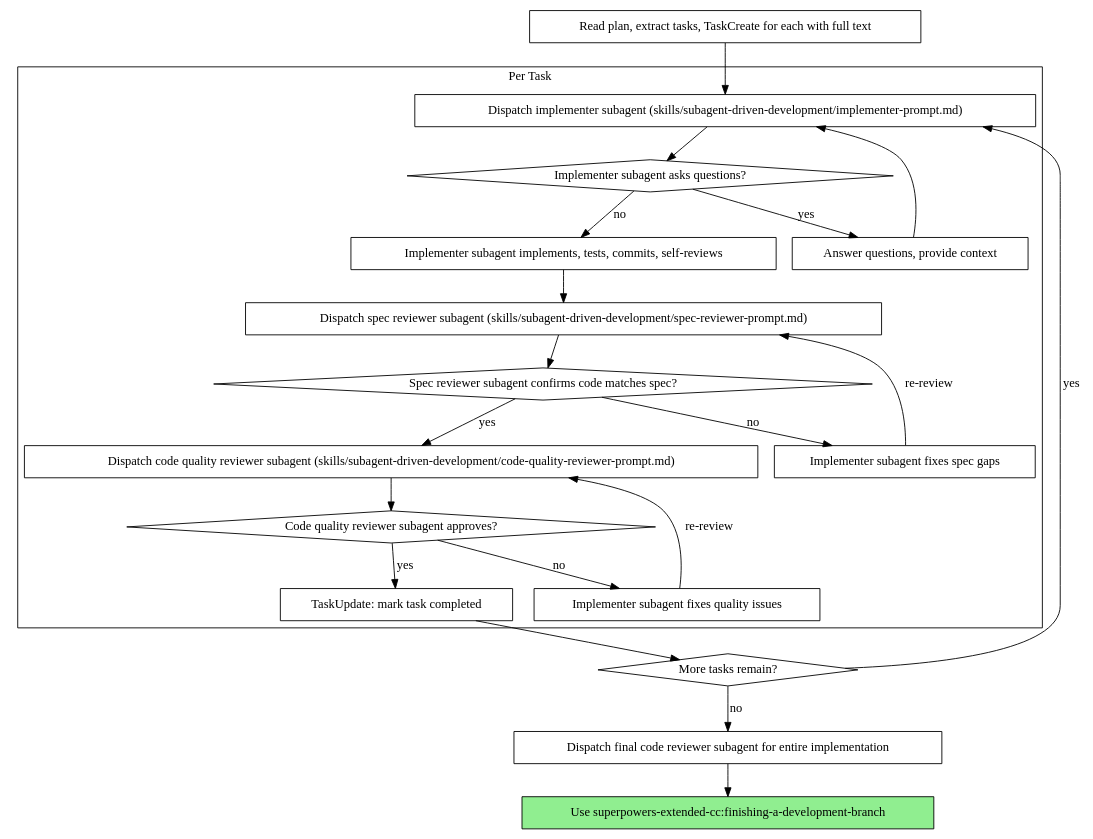
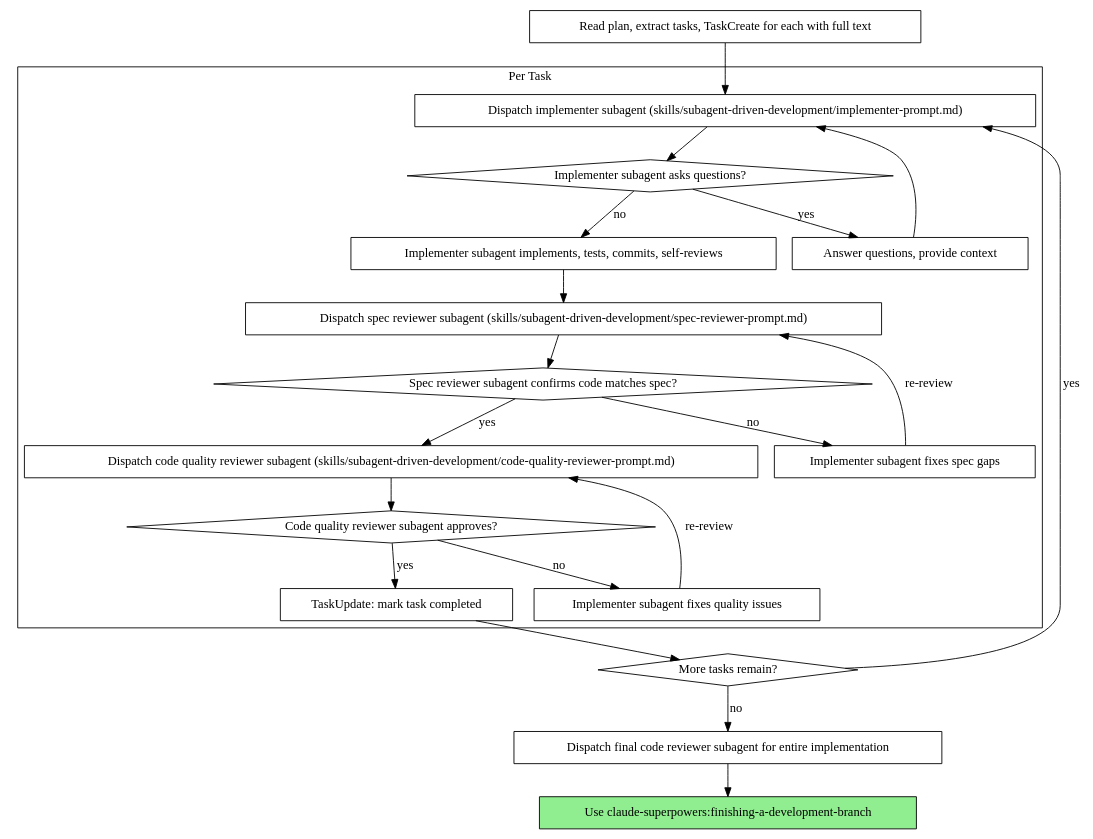
One commit to psprowls/claude-superpowers changed the second of 2 diagrams in skills/subagent-driven-development/SKILL.md. Above: the diagram before and after it, drawn with Graphviz. The commit also changed other lines of this file and 43 other files, not shown here.

First line of the commit message:
Rename plugin to claude-superpowers and drop cross-harness configuration

````diff
--- a/skills/subagent-driven-development/SKILL.md
+++ b/skills/subagent-driven-development/SKILL.md
@@ -42,44 +42,44 @@
 ```dot
 digraph process {
     rankdir=TB;
 
     subgraph cluster_per_task {
         label="Per Task";
         "Dispatch implementer subagent (skills/subagent-driven-development/implementer-prompt.md)" [shape=box];
         "Implementer subagent asks questions?" [shape=diamond];
         "Answer questions, provide context" [shape=box];
         "Implementer subagent implements, tests, commits, self-reviews" [shape=box];
         "Dispatch spec reviewer subagent (skills/subagent-driven-development/spec-reviewer-prompt.md)" [shape=box];
         "Spec reviewer subagent confirms code matches spec?" [shape=diamond];
         "Implementer subagent fixes spec gaps" [shape=box];
         "Dispatch code quality reviewer subagent (skills/subagent-driven-development/code-quality-reviewer-prompt.md)" [shape=box];
         "Code quality reviewer subagent approves?" [shape=diamond];
         "Implementer subagent fixes quality issues" [shape=box];
         "TaskUpdate: mark task completed" [shape=box];
     }
 
     "Read plan, extract tasks, TaskCreate for each with full text" [shape=box];
     "More tasks remain?" [shape=diamond];
     "Dispatch final code reviewer subagent for entire implementation" [shape=box];
-    "Use superpowers-extended-cc:finishing-a-development-branch" [shape=box style=filled fillcolor=lightgreen];
+    "Use claude-superpowers:finishing-a-development-branch" [shape=box style=filled fillcolor=lightgreen];
 
     "Read plan, extract tasks, TaskCreate for each with full text" -> "Dispatch implementer subagent (skills/subagent-driven-development/implementer-prompt.md)";
     "Dispatch implementer subagent (skills/subagent-driven-development/implementer-prompt.md)" -> "Implementer subagent asks questions?";
     "Implementer subagent asks questions?" -> "Answer questions, provide context" [label="yes"];
     "Answer questions, provide context" -> "Dispatch implementer subagent (skills/subagent-driven-development/implementer-prompt.md)";
     "Implementer subagent asks questions?" -> "Implementer subagent implements, tests, commits, self-reviews" [label="no"];
     "Implementer subagent implements, tests, commits, self-reviews" -> "Dispatch spec reviewer subagent (skills/subagent-driven-development/spec-reviewer-prompt.md)";
     "Dispatch spec reviewer subagent (skills/subagent-driven-development/spec-reviewer-prompt.md)" -> "Spec reviewer subagent confirms code matches spec?";
     "Spec reviewer subagent confirms code matches spec?" -> "Implementer subagent fixes spec gaps" [label="no"];
     "Implementer subagent fixes spec gaps" -> "Dispatch spec reviewer subagent (skills/subagent-driven-development/spec-reviewer-prompt.md)" [label="re-review"];
     "Spec reviewer subagent confirms code matches spec?" -> "Dispatch code quality reviewer subagent (skills/subagent-driven-development/code-quality-reviewer-prompt.md)" [label="yes"];
     "Dispatch code quality reviewer subagent (skills/subagent-driven-development/code-quality-reviewer-prompt.md)" -> "Code quality reviewer subagent approves?";
     "Code quality reviewer subagent approves?" -> "Implementer subagent fixes quality issues" [label="no"];
     "Implementer subagent fixes quality issues" -> "Dispatch code quality reviewer subagent (skills/subagent-driven-development/code-quality-reviewer-prompt.md)" [label="re-review"];
     "Code quality reviewer subagent approves?" -> "TaskUpdate: mark task completed" [label="yes"];
     "TaskUpdate: mark task completed" -> "More tasks remain?";
     "More tasks remain?" -> "Dispatch implementer subagent (skills/subagent-driven-development/implementer-prompt.md)" [label="yes"];
     "More tasks remain?" -> "Dispatch final code reviewer subagent for entire implementation" [label="no"];
-    "Dispatch final code reviewer subagent for entire implementation" -> "Use superpowers-extended-cc:finishing-a-development-branch";
+    "Dispatch final code reviewer subagent for entire implementation" -> "Use claude-superpowers:finishing-a-development-branch";
 }
 ```
````
